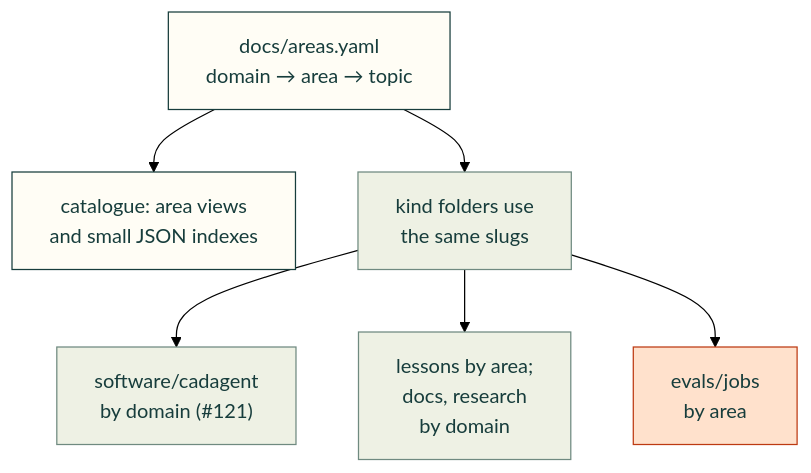
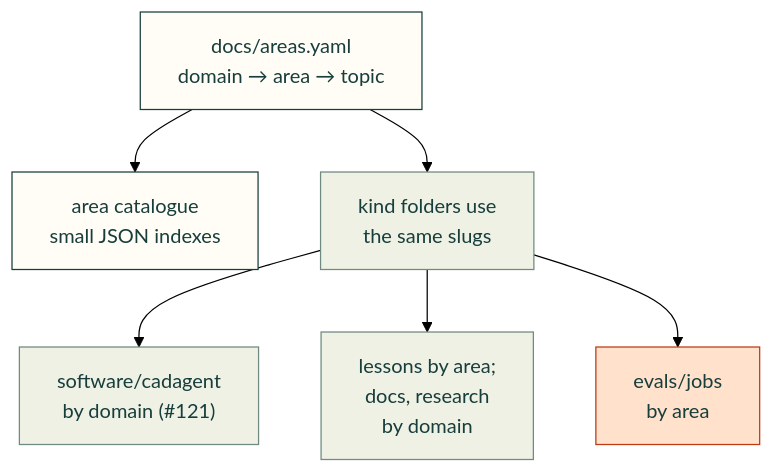
One commit to Valpatel/cad-agent changed the fifth of 5 diagrams in docs/vision.md. Above: the diagram before and after it, drawn with Mermaid (forest theme). The commit also changed 7 other files, not shown here.

````diff
--- a/docs/vision.md
+++ b/docs/vision.md
@@ -270,15 +270,15 @@
 ```mermaid
 flowchart TD
-    T["docs/areas.yaml<br/>domain → area → topic"] --> H["catalogue: area views<br/>and small JSON indexes"]
+    T["docs/areas.yaml<br/>domain → area → topic"] --> H["area catalogue<br/>small JSON indexes"]
     T --> K["kind folders use<br/>the same slugs"]
     K --> C["software/cadagent<br/>by domain (#121)"]
     K --> L["lessons by area;<br/>docs, research<br/>by domain"]
     K --> E["evals/jobs<br/>by area"]
     class T here
     class H here
     class E out
     class K,C,L near
     classDef here fill:#fffdf5,stroke:#173d3c,color:#173d3c
     classDef near fill:#eef1e4,stroke:#6f8a80,color:#173d3c
     classDef out fill:#ffe1cc,stroke:#bd3a12,color:#173d3c
 ```
````
